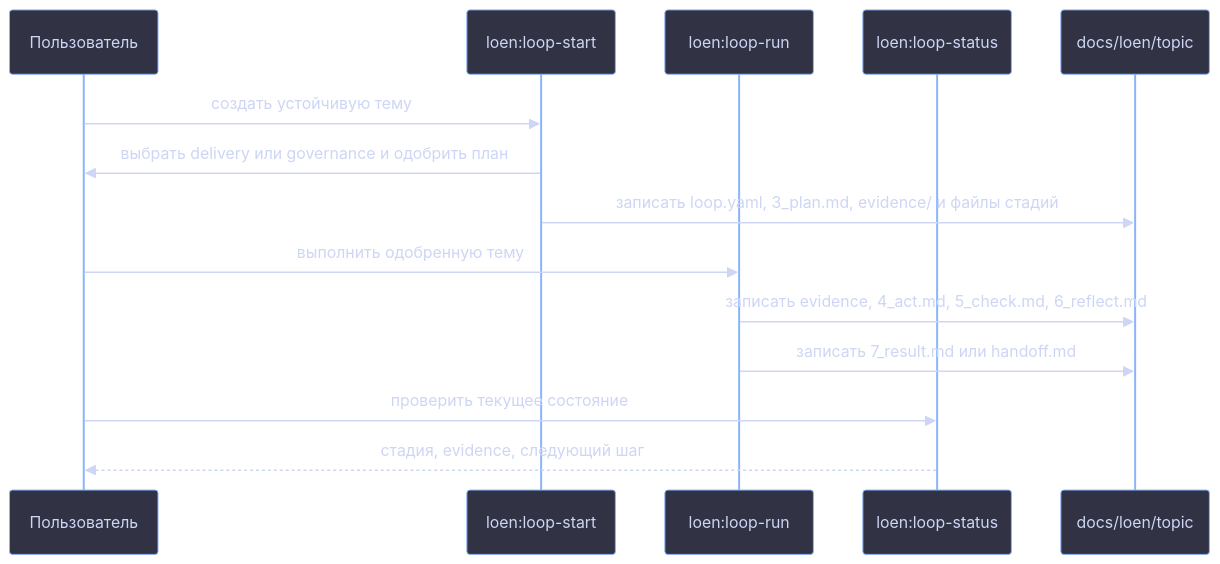
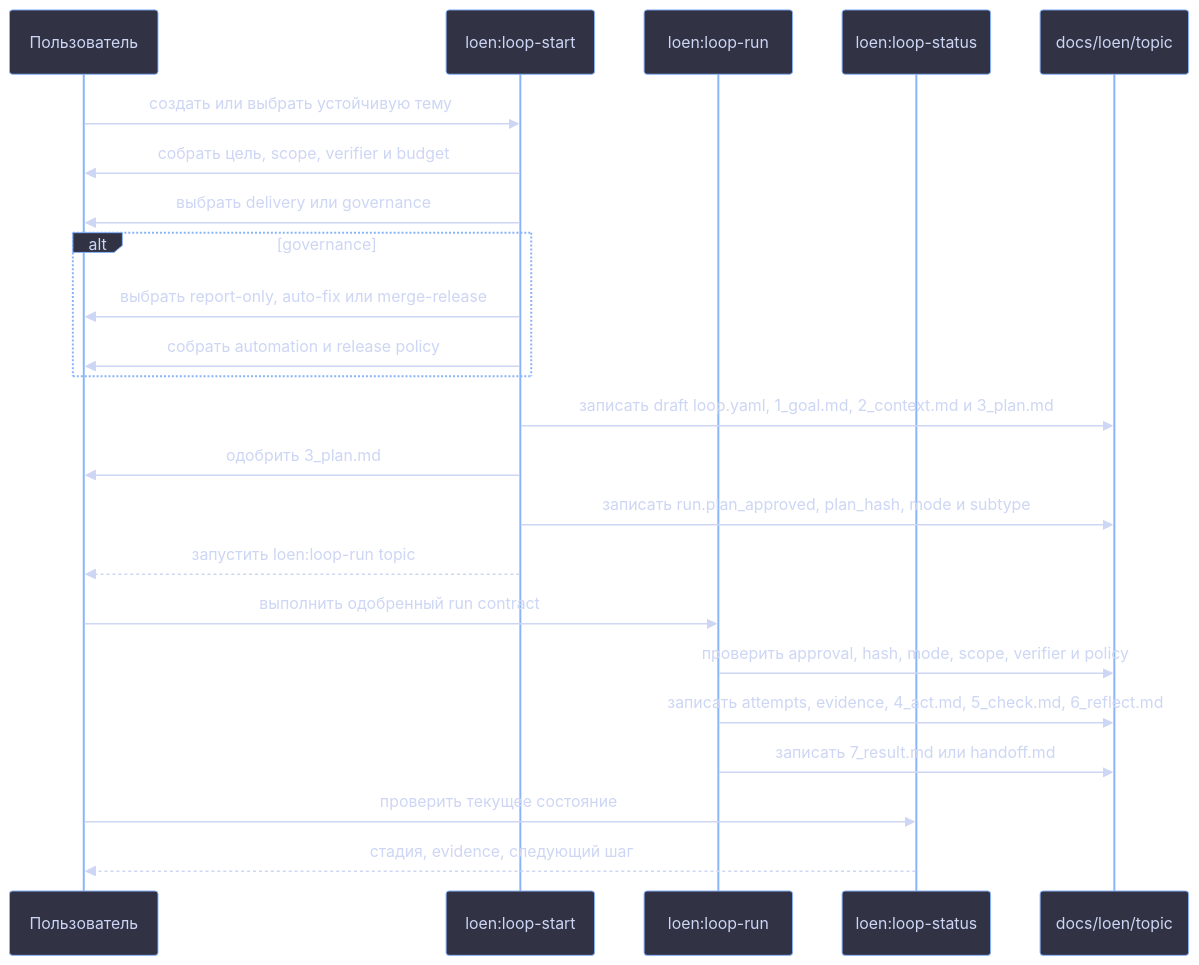
The first of 2 diagrams in plugins/loen/README.ru.md (ikeniborn/icodex), drawn with Mermaid before and after one commit. The commit also changed other lines of this file and 2 other files, not shown here.

Commit message:
docs(loen): update loop runner diagrams

````diff
--- a/plugins/loen/README.ru.md
+++ b/plugins/loen/README.ru.md
@@ -76,18 +76,27 @@
 ```mermaid
 %%{init: {'theme': 'base', 'themeVariables': {'background': '#1e1e2e', 'primaryColor': '#313244', 'primaryTextColor': '#cdd6f4', 'primaryBorderColor': '#89b4fa', 'lineColor': '#888888', 'secondaryColor': '#181825', 'tertiaryColor': '#45475a'}}}%%
 sequenceDiagram
     participant User as Пользователь
     participant Start as loen:loop-start
     participant Run as loen:loop-run
     participant Status as loen:loop-status
     participant Files as docs/loen/topic
 
-    User->>Start: создать устойчивую тему
-    Start->>User: выбрать delivery или governance и одобрить план
-    Start->>Files: записать loop.yaml, 3_plan.md, evidence/ и файлы стадий
-    User->>Run: выполнить одобренную тему
-    Run->>Files: записать evidence, 4_act.md, 5_check.md, 6_reflect.md
+    User->>Start: создать или выбрать устойчивую тему
+    Start->>User: собрать цель, scope, verifier и budget
+    Start->>User: выбрать delivery или governance
+    alt governance
+        Start->>User: выбрать report-only, auto-fix или merge-release
+        Start->>User: собрать automation и release policy
+    end
+    Start->>Files: записать draft loop.yaml, 1_goal.md, 2_context.md и 3_plan.md
+    Start->>User: одобрить 3_plan.md
+    Start->>Files: записать run.plan_approved, plan_hash, mode и subtype
+    Start-->>User: запустить loen:loop-run topic
+    User->>Run: выполнить одобренный run contract
+    Run->>Files: проверить approval, hash, mode, scope, verifier и policy
+    Run->>Files: записать attempts, evidence, 4_act.md, 5_check.md, 6_reflect.md
     Run->>Files: записать 7_result.md или handoff.md
     User->>Status: проверить текущее состояние
     Status-->>User: стадия, evidence, следующий шаг
 ```
````
